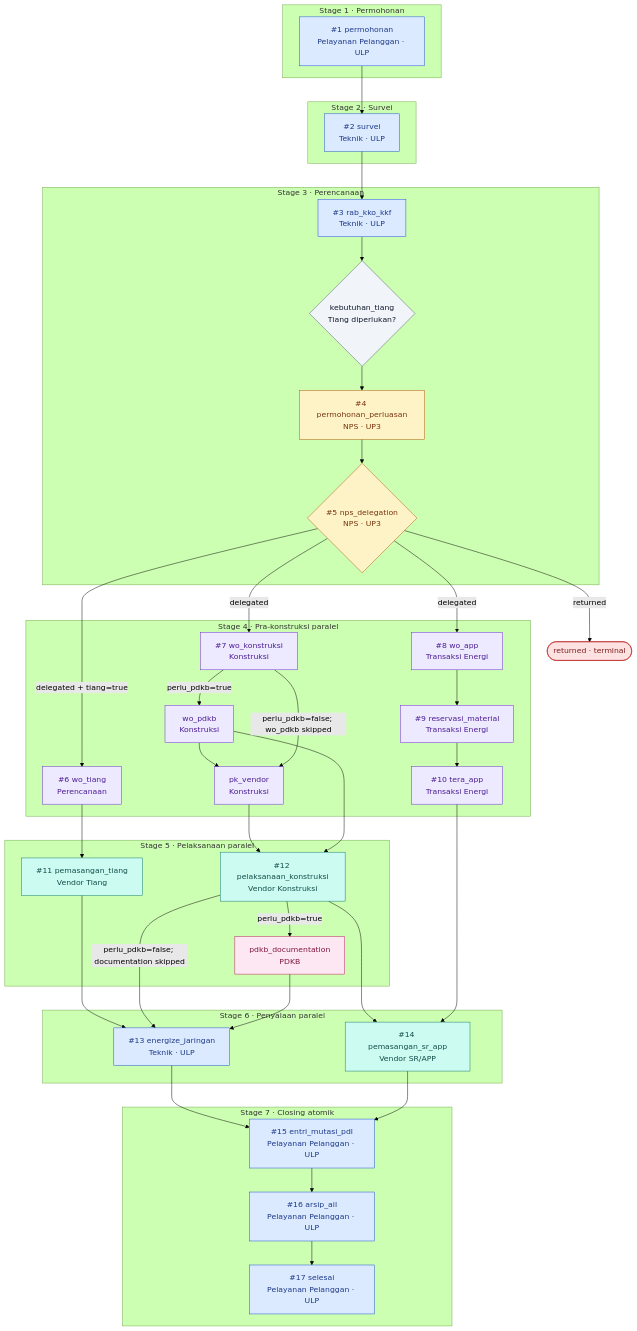
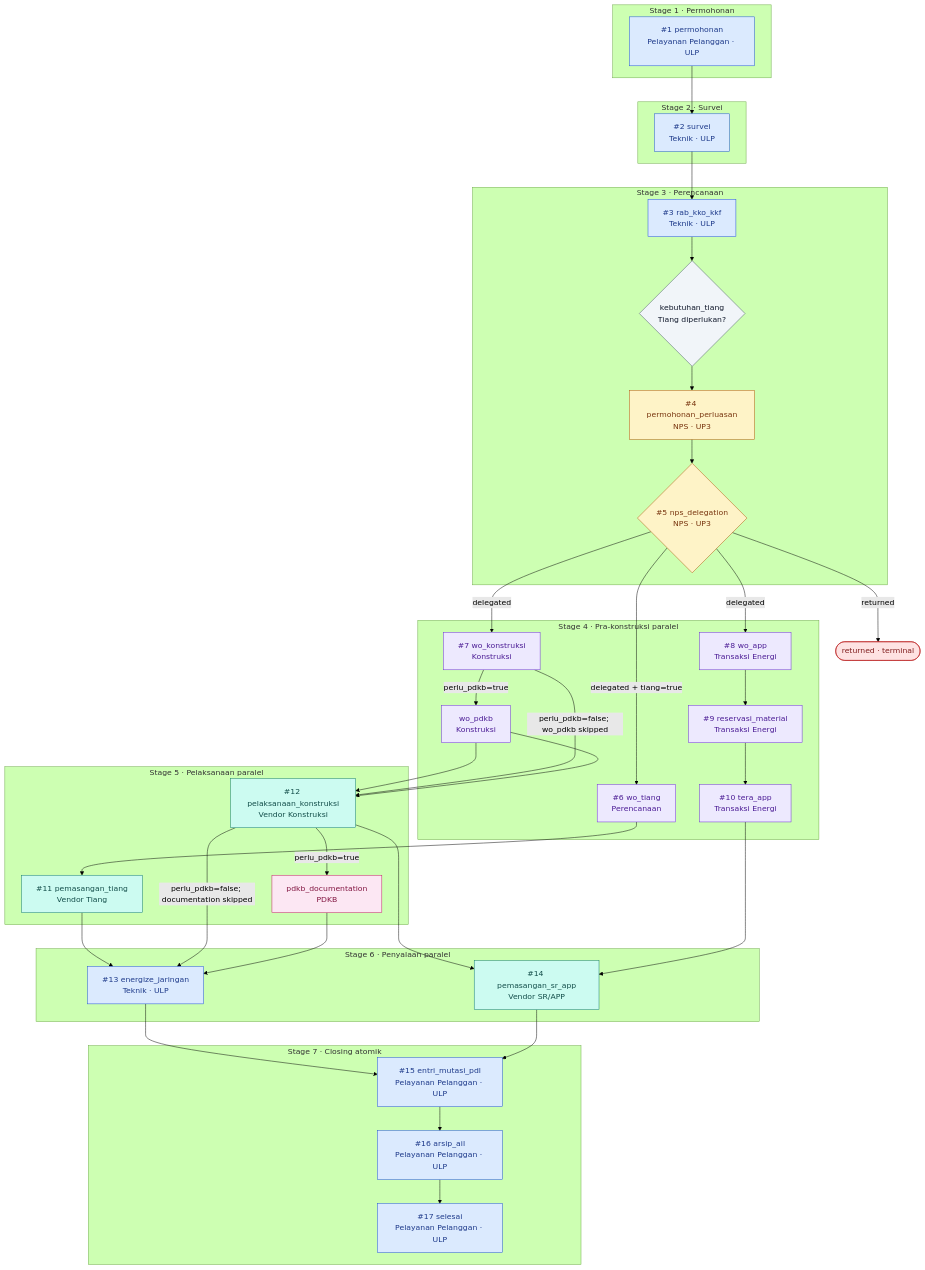
The diagram in docs/architecture/diagrams/01-workflow-jtr-jtm.md (pln-colabora/colabora-be), drawn with Mermaid (forest theme) before and after one commit. The commit also changed 29 other files, not shown here.

````diff
--- a/docs/architecture/diagrams/01-workflow-jtr-jtm.md
+++ b/docs/architecture/diagrams/01-workflow-jtr-jtm.md
@@ -9,76 +9,74 @@
 ```mermaid
 flowchart TD
   classDef ulp fill:#dbeafe,stroke:#1d4ed8,color:#1e3a8a
   classDef up3 fill:#ede9fe,stroke:#6d28d9,color:#4c1d95
   classDef nps fill:#fef3c7,stroke:#b45309,color:#78350f
   classDef vendor fill:#ccfbf1,stroke:#0f766e,color:#134e4a
   classDef pdkb fill:#fce7f3,stroke:#be185d,color:#831843
   classDef decision fill:#f1f5f9,stroke:#475569,color:#0f172a
   classDef terminal fill:#fee2e2,stroke:#b91c1c,color:#7f1d1d
 
   subgraph S1["Stage 1 · Permohonan"]
     permohonan["#1 permohonan<br/>Pelayanan Pelanggan · ULP"]
   end
   subgraph S2["Stage 2 · Survei"]
     survei["#2 survei<br/>Teknik · ULP"]
   end
   subgraph S3["Stage 3 · Perencanaan"]
     rab_kko_kkf["#3 rab_kko_kkf<br/>Teknik · ULP"]
     kebutuhan_tiang{"kebutuhan_tiang<br/>Tiang diperlukan?"}
     permohonan_perluasan["#4 permohonan_perluasan<br/>NPS · UP3"]
     nps_delegation{"#5 nps_delegation<br/>NPS · UP3"}
   end
   subgraph S4["Stage 4 · Pra-konstruksi paralel"]
     wo_tiang["#6 wo_tiang<br/>Perencanaan"]
     wo_konstruksi["#7 wo_konstruksi<br/>Konstruksi"]
     wo_pdkb["wo_pdkb<br/>Konstruksi"]
-    pk_vendor["pk_vendor<br/>Konstruksi"]
     wo_app["#8 wo_app<br/>Transaksi Energi"]
     reservasi_material["#9 reservasi_material<br/>Transaksi Energi"]
     tera_app["#10 tera_app<br/>Transaksi Energi"]
   end
   subgraph S5["Stage 5 · Pelaksanaan paralel"]
     pemasangan_tiang["#11 pemasangan_tiang<br/>Vendor Tiang"]
     pelaksanaan_konstruksi["#12 pelaksanaan_konstruksi<br/>Vendor Konstruksi"]
     pdkb_documentation["pdkb_documentation<br/>PDKB"]
   end
   subgraph S6["Stage 6 · Penyalaan paralel"]
     energize_jaringan["#13 energize_jaringan<br/>Teknik · ULP"]
     pemasangan_sr_app["#14 pemasangan_sr_app<br/>Vendor SR/APP"]
   end
   subgraph S7["Stage 7 · Closing atomik"]
     entri_mutasi_pdl["#15 entri_mutasi_pdl<br/>Pelayanan Pelanggan · ULP"]
     arsip_ail["#16 arsip_ail<br/>Pelayanan Pelanggan · ULP"]
     selesai["#17 selesai<br/>Pelayanan Pelanggan · ULP"]
   end
   returned(["returned · terminal"])
 
   permohonan --> survei --> rab_kko_kkf --> kebutuhan_tiang --> permohonan_perluasan --> nps_delegation
   nps_delegation -->|returned| returned
   nps_delegation -->|delegated + tiang=true| wo_tiang
   nps_delegation -->|delegated| wo_konstruksi
   nps_delegation -->|delegated| wo_app
   wo_tiang --> pemasangan_tiang
-  wo_konstruksi -->|perlu_pdkb=true| wo_pdkb --> pk_vendor
-  wo_konstruksi -->|perlu_pdkb=false; wo_pdkb skipped| pk_vendor
-  pk_vendor --> pelaksanaan_konstruksi
+  wo_konstruksi -->|perlu_pdkb=true| wo_pdkb --> pelaksanaan_konstruksi
+  wo_konstruksi -->|perlu_pdkb=false; wo_pdkb skipped| pelaksanaan_konstruksi
   wo_pdkb --> pelaksanaan_konstruksi
   wo_app --> reservasi_material --> tera_app
   pemasangan_tiang --> energize_jaringan
   pelaksanaan_konstruksi -->|perlu_pdkb=true| pdkb_documentation
   pelaksanaan_konstruksi -->|perlu_pdkb=false; documentation skipped| energize_jaringan
   pdkb_documentation --> energize_jaringan
   pelaksanaan_konstruksi --> pemasangan_sr_app
   tera_app --> pemasangan_sr_app
   energize_jaringan --> entri_mutasi_pdl
   pemasangan_sr_app --> entri_mutasi_pdl
   entri_mutasi_pdl --> arsip_ail --> selesai
 
   class permohonan,survei,rab_kko_kkf,energize_jaringan,entri_mutasi_pdl,arsip_ail,selesai ulp
-  class wo_tiang,wo_konstruksi,wo_pdkb,pk_vendor,wo_app,reservasi_material,tera_app up3
+  class wo_tiang,wo_konstruksi,wo_pdkb,wo_app,reservasi_material,tera_app up3
   class permohonan_perluasan,nps_delegation nps
   class pemasangan_tiang,pelaksanaan_konstruksi,pemasangan_sr_app vendor
   class pdkb_documentation pdkb
   class kebutuhan_tiang decision
   class returned terminal
 ```
````
